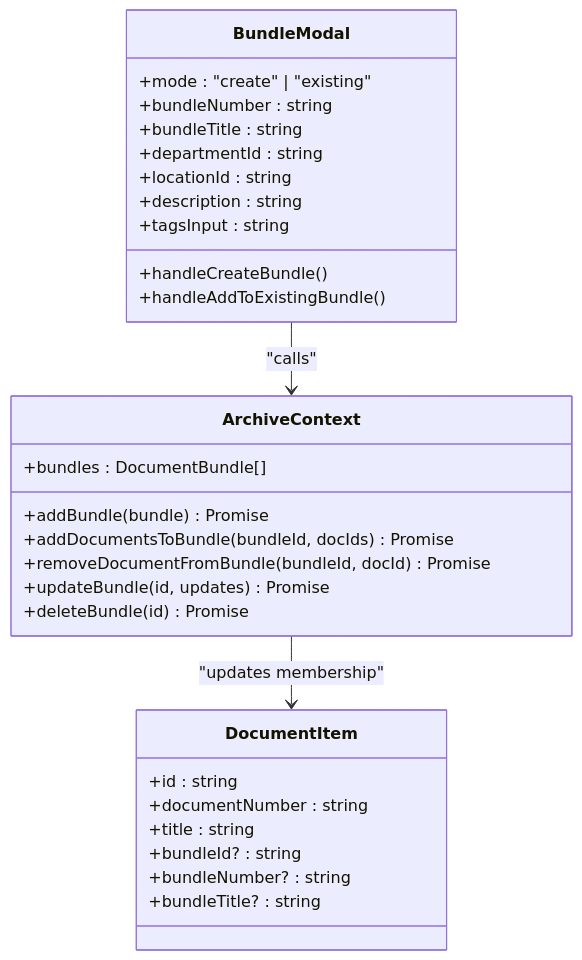
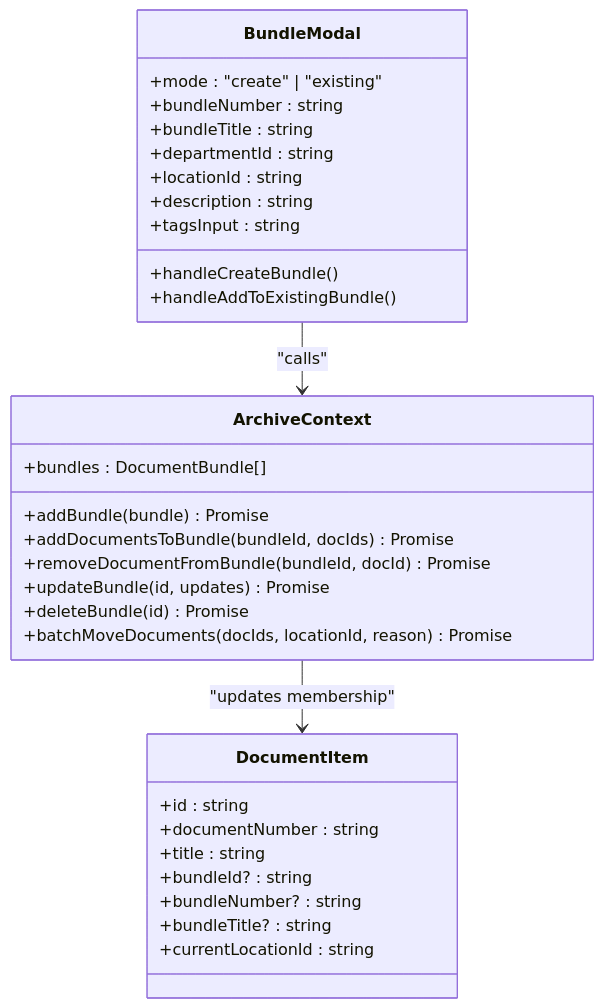
Before and after one commit to djahasiel101600/archivehub: the sixth of 8 diagrams in .qoder/repowiki/en/content/Core Features/Document Management/Bulk Operations.md, drawn with Mermaid. The commit also changed other lines of this file and 12 other files, not shown here.

````diff
--- a/.qoder/repowiki/en/content/Core Features/Document Management/Bulk Operations.md
+++ b/.qoder/repowiki/en/content/Core Features/Document Management/Bulk Operations.md
@@ -210,32 +279,34 @@
 ```mermaid
 classDiagram
 class BundleModal {
 +mode : "create" | "existing"
 +bundleNumber : string
 +bundleTitle : string
 +departmentId : string
 +locationId : string
 +description : string
 +tagsInput : string
 +handleCreateBundle()
 +handleAddToExistingBundle()
 }
 class ArchiveContext {
 +bundles : DocumentBundle[]
 +addBundle(bundle) Promise<DocumentBundle>
 +addDocumentsToBundle(bundleId, docIds) Promise<void>
 +removeDocumentFromBundle(bundleId, docId) Promise<void>
 +updateBundle(id, updates) Promise<void>
 +deleteBundle(id) Promise<void>
++batchMoveDocuments(docIds, locationId, reason) Promise<void>
 }
 class DocumentItem {
 +id : string
 +documentNumber : string
 +title : string
 +bundleId? : string
 +bundleNumber? : string
 +bundleTitle? : string
++currentLocationId : string
 }
 BundleModal --> ArchiveContext : "calls"
 ArchiveContext --> DocumentItem : "updates membership"
 ```
````
